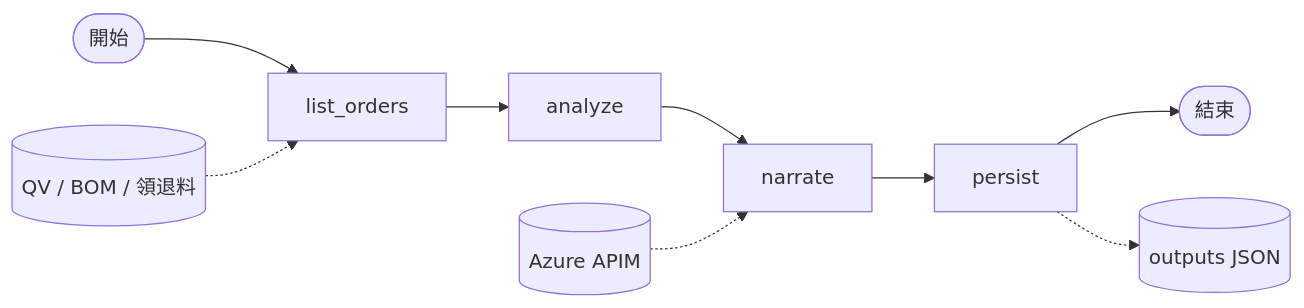
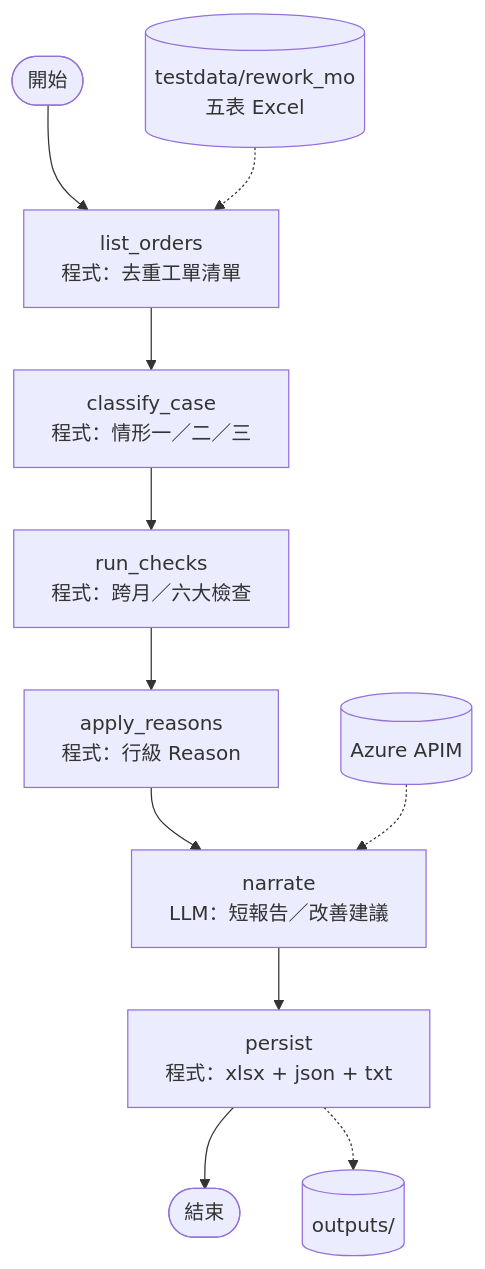
The first of 2 diagrams in docs/flow-templates/01-範本-rework_mo_detective.md (jellyfish00001/MoAgentChat_Work), drawn with Mermaid before and after one commit. The commit also changed other lines of this file and 42 other files, not shown here.

````diff
--- a/docs/flow-templates/01-範本-rework_mo_detective.md
+++ b/docs/flow-templates/01-範本-rework_mo_detective.md
@@ -14,11 +24,14 @@
 ```mermaid
-flowchart LR
-  S([開始]) --> N1[list_orders]
-  N1 --> N2[analyze]
-  N2 --> N3[narrate]
-  N3 --> N4[persist]
-  N4 --> E([結束])
-  Excel[(QV / BOM / 領退料)] -.-> N1
-  LLM[(Azure APIM)] -.-> N3
-  N4 -.-> Out[(outputs JSON)]
+flowchart TD
+  S([開始]) --> L[list_orders<br/>程式：去重工單清單]
+  L --> C[classify_case<br/>程式：情形一／二／三]
+  C --> R[run_checks<br/>程式：跨月／六大檢查]
+  R --> A[apply_reasons<br/>程式：行級 Reason]
+  A --> N[narrate<br/>LLM：短報告／改善建議]
+  N --> P[persist<br/>程式：xlsx + json + txt]
+  P --> E([結束])
+
+  X[(testdata/rework_mo<br/>五表 Excel)] -.-> L
+  APIM[(Azure APIM)] -.-> N
+  P -.-> O[(outputs/)]
 ```
````
